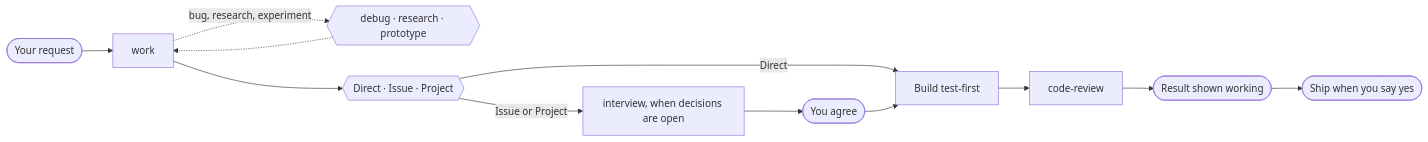
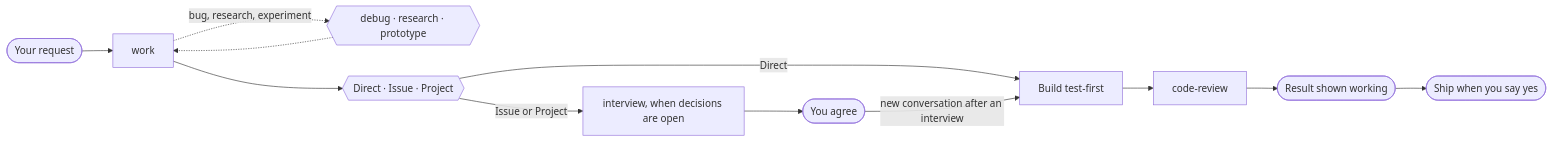
The diagram in README.md (Firzus/agent-skills), drawn with Mermaid before and after one commit. The commit also changed other lines of this file and 4 other files, not shown here.

````diff
--- a/README.md
+++ b/README.md
@@ -59,14 +59,14 @@
 ```mermaid
 flowchart LR
     request([Your request]) --> work
     work -.->|bug, research, experiment| specialist{{"debug · research · prototype"}}
     specialist -.-> work
     work --> size{{Direct · Issue · Project}}
     size -->|Direct| build[Build test-first]
     size -->|Issue or Project| interview[interview, when decisions are open]
     interview --> agree([You agree])
-    agree --> build
+    agree -->|new conversation after an interview| build
     build --> review[code-review]
     review --> show([Result shown working])
     show --> ship([Ship when you say yes])
 ```
````
